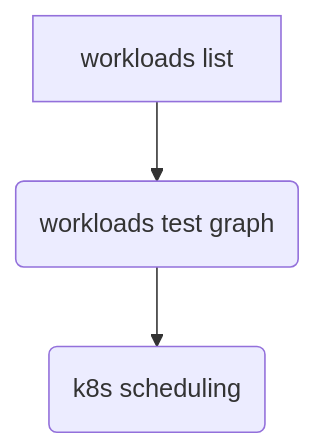
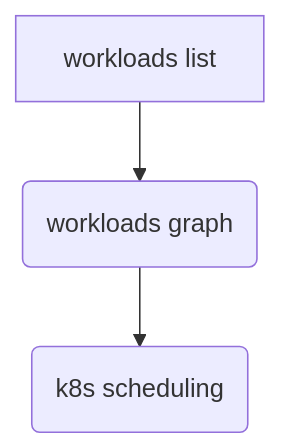
Before and after one commit to arcalot/arcaflow-workflows: the sixth of 7 diagrams in network-performance/README.md, drawn with Mermaid. The commit also changed other lines of this file, not shown here.

````diff
--- a/network-performance/README.md
+++ b/network-performance/README.md
@@ -79,4 +107,4 @@
 ```mermaid
 graph TD
-    workloads_list[workloads list] --> test_g(workloads test graph) --> scheduling(k8s scheduling)
+    workloads_list[workloads list] --> workloads_g(workloads graph) --> scheduling(k8s scheduling)
 ```
````
